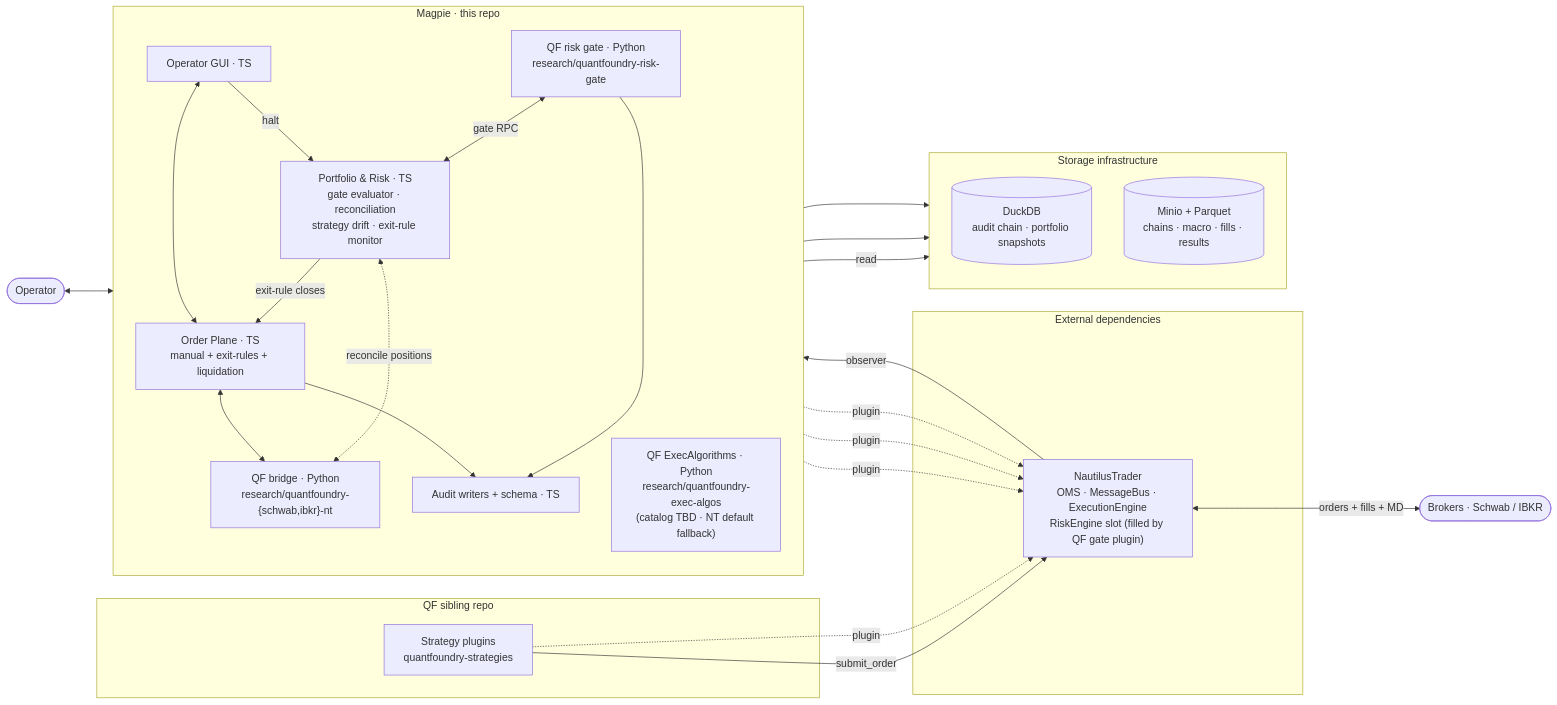
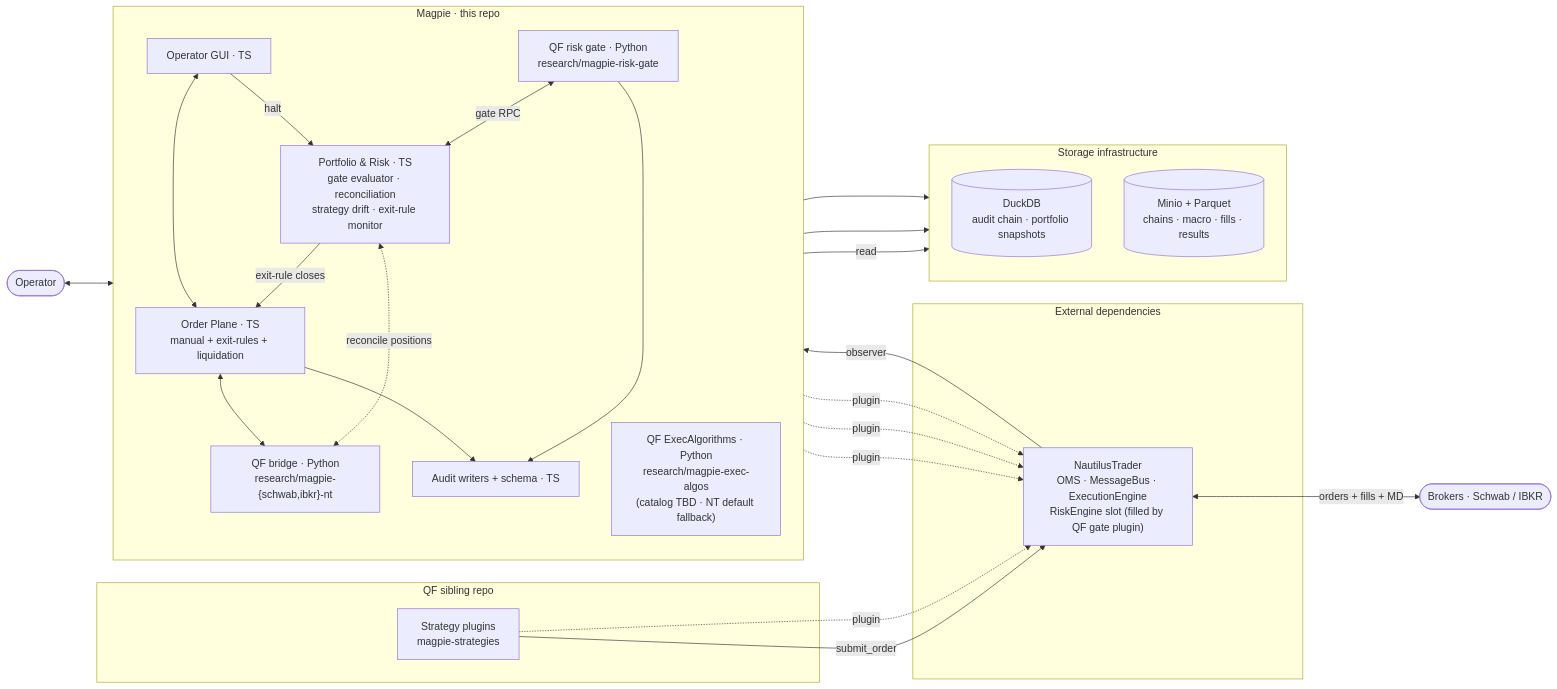
The first of 4 diagrams in docs/TRADING-SYSTEM-TDD.md (abwagner/Magpie), drawn with Mermaid before and after one commit. The commit also changed other lines of this file and 466 other files, not shown here.

````diff
--- a/docs/TRADING-SYSTEM-TDD.md
+++ b/docs/TRADING-SYSTEM-TDD.md
@@ -7,50 +7,50 @@
 ```mermaid
 flowchart LR
   OP([Operator])
   BR([Brokers · Schwab / IBKR])
 
   subgraph DEPS[External dependencies]
     NT["NautilusTrader<br/>OMS · MessageBus · ExecutionEngine<br/>RiskEngine slot (filled by QF gate plugin)"]
   end
 
   subgraph INFRA[Storage infrastructure]
     direction TB
     DDB[("DuckDB<br/>audit chain · portfolio snapshots")]
     DL[("Minio + Parquet<br/>chains · macro · fills · results")]
   end
 
   subgraph QFR[Magpie · this repo]
     direction TB
     GUI[Operator GUI · TS]
     OPL["Order Plane · TS<br/>manual + exit-rules + liquidation"]
     PE["Portfolio & Risk · TS<br/>gate evaluator · reconciliation<br/>strategy drift · exit-rule monitor"]
     AW[Audit writers + schema · TS]
-    BRIDGE["QF bridge · Python<br/>research/quantfoundry-{schwab,ibkr}-nt"]
-    GATE["QF risk gate · Python<br/>research/quantfoundry-risk-gate"]
-    EXALG["QF ExecAlgorithms · Python<br/>research/quantfoundry-exec-algos<br/>(catalog TBD · NT default fallback)"]
+    BRIDGE["QF bridge · Python<br/>research/magpie-{schwab,ibkr}-nt"]
+    GATE["QF risk gate · Python<br/>research/magpie-risk-gate"]
+    EXALG["QF ExecAlgorithms · Python<br/>research/magpie-exec-algos<br/>(catalog TBD · NT default fallback)"]
   end
 
   subgraph SIB[QF sibling repo]
-    STR["Strategy plugins<br/>quantfoundry-strategies"]
+    STR["Strategy plugins<br/>magpie-strategies"]
   end
 
   OP <--> GUI
   GUI <--> OPL
   GUI -->|read| DDB
   GUI -->|halt| PE
   OPL <--> BRIDGE
   OPL --> AW
   PE -->|exit-rule closes| OPL
   PE <-.->|reconcile positions| BRIDGE
   STR -->|submit_order| NT
   GATE <-->|gate RPC| PE
   GATE --> AW
   AW --> DDB
   AW --> DL
   BRIDGE -.->|plugin| NT
   STR -.->|plugin| NT
   GATE -.->|plugin| NT
   EXALG -.->|plugin| NT
   NT <-->|orders + fills + MD| BR
   NT -->|observer| AW
 ```
````
